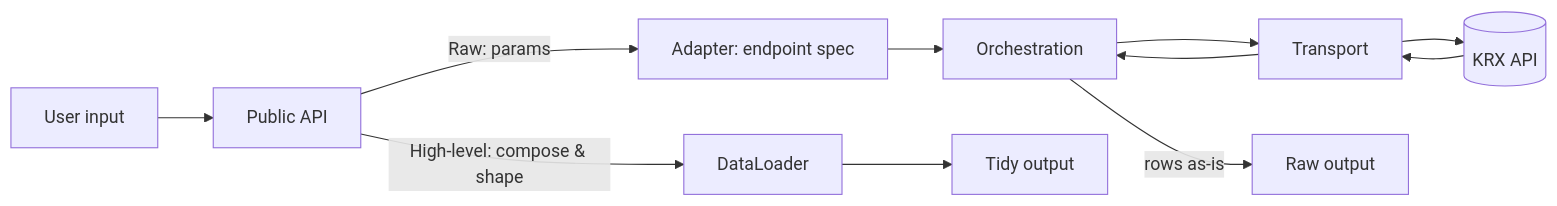
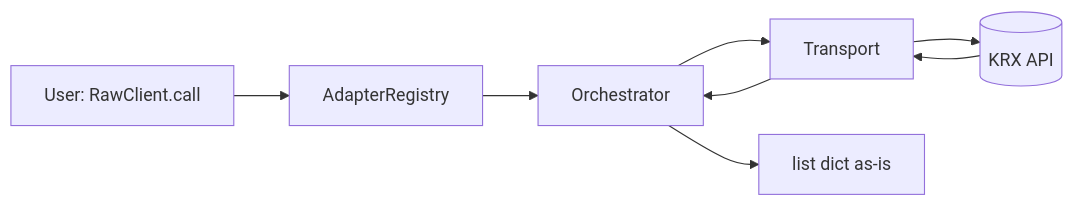
The sixth of 11 diagrams in docs/vibe_coding/architecture.md (jaepil-choi/krx-quant-dataloader), drawn with Mermaid before and after one commit. The commit also changed other lines of this file, not shown here.

First line of the commit message:
docs: update architecture with three-layer design and Parquet-based storage

````diff
--- a/docs/vibe_coding/architecture.md
+++ b/docs/vibe_coding/architecture.md
@@ -257,13 +398,10 @@
 ```mermaid
 flowchart LR
-    A[User input] --> B[Public API]
-    B -->|Raw: params| C[Adapter: endpoint spec]
-    C --> D[Orchestration]
-    D --> E[Transport]
-    E --> F[(KRX API)]
-    F --> E
+    A[User: RawClient.call] --> B[AdapterRegistry]
+    B --> C[Orchestrator]
+    C --> D[Transport]
+    D --> E[(KRX API)]
     E --> D
-    D -->|rows as-is| G[Raw output]
-    B -->|High-level: compose & shape| H[DataLoader]
-    H --> I[Tidy output]
+    D --> C
+    C --> F[list dict as-is]
 ```
````
